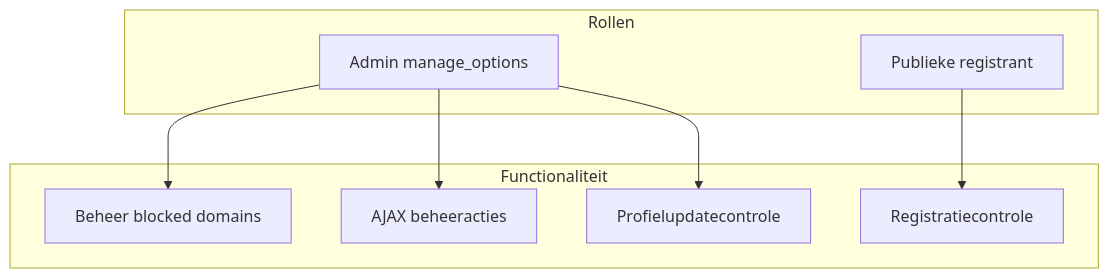
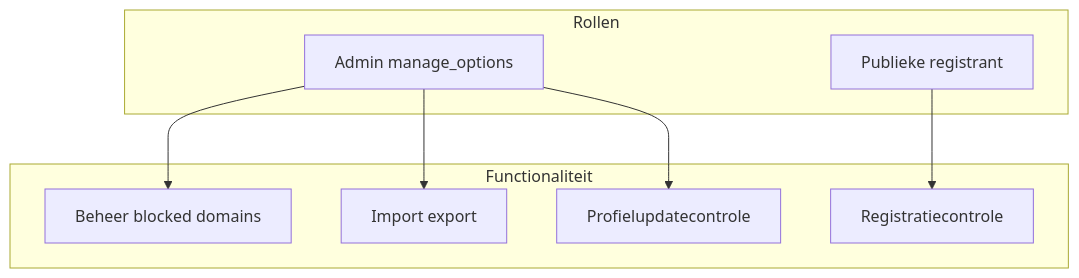
One commit to byteway/bso-wp-blocked-domains changed diagram 11 of 11 in document/Functional_Design.md. Above: the diagram before and after it, drawn with Mermaid. The commit also changed other lines of this file and 2 other files, not shown here.

````diff
--- a/document/Functional_Design.md
+++ b/document/Functional_Design.md
@@ -429,19 +384,19 @@
 ```mermaid
 graph TD
 	subgraph Rollen
 		ADMIN[Admin manage_options]
 		USER[Publieke registrant]
 	end
 
 	subgraph Functionaliteit
 		MNG[Beheer blocked domains]
-		AJAX[AJAX beheeracties]
+		IMP[Import export]
 		REG[Registratiecontrole]
 		PROF[Profielupdatecontrole]
 	end
 
 	ADMIN --> MNG
-	ADMIN --> AJAX
+	ADMIN --> IMP
 	USER --> REG
 	ADMIN --> PROF
 ```
````
